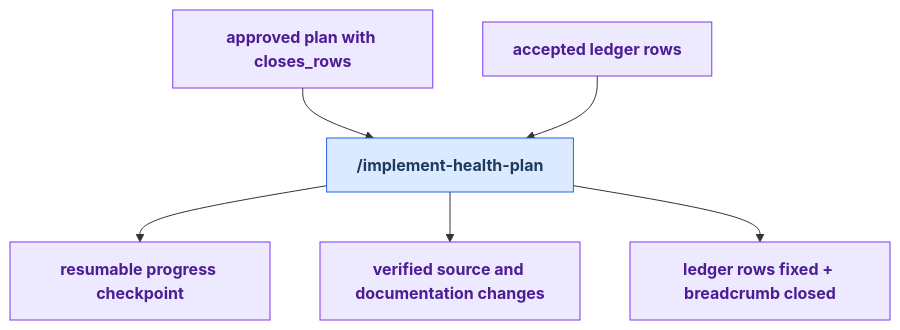
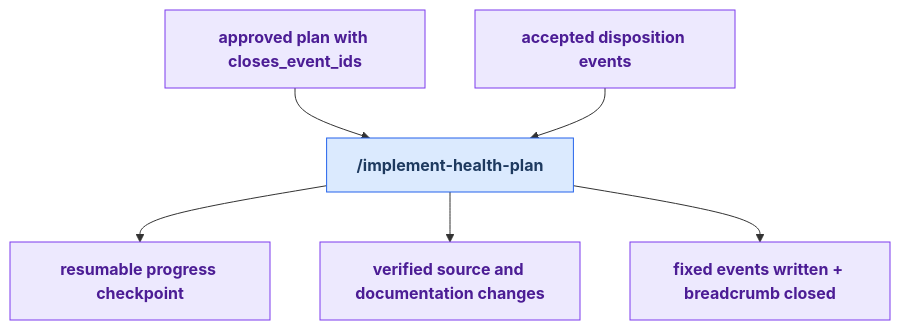
The diagram in docs/maintainer-tooling/implement.md (russell-laing/al-dev-shared), drawn with Mermaid before and after one commit. The commit also changed other lines of this file and 7 other files, not shown here.

````diff
--- a/docs/maintainer-tooling/implement.md
+++ b/docs/maintainer-tooling/implement.md
@@ -52,21 +52,21 @@
 ```mermaid
 flowchart TD
     classDef userSkill fill:#dbeafe,stroke:#2563eb,color:#1e3a5f,font-weight:bold
     classDef artifact fill:#ede9fe,stroke:#7c3aed,color:#4c1d95,font-weight:bold
 
-    art_plan["approved plan with closes_rows"]
-    art_ledger["accepted ledger rows"]
+    art_plan["approved plan with closes_event_ids"]
+    art_ledger["accepted disposition events"]
     skill_implement_health_plan["/implement-health-plan"]
     art_progress["resumable progress checkpoint"]
     art_changed["verified source and documentation changes"]
-    art_closed["ledger rows fixed + breadcrumb closed"]
+    art_closed["fixed events written + breadcrumb closed"]
 
     art_plan --> skill_implement_health_plan
     art_ledger --> skill_implement_health_plan
     skill_implement_health_plan --> art_progress
     skill_implement_health_plan --> art_changed
     skill_implement_health_plan --> art_closed
 
     class skill_implement_health_plan userSkill
     class art_plan,art_ledger,art_progress,art_changed,art_closed artifact
 ```
````
